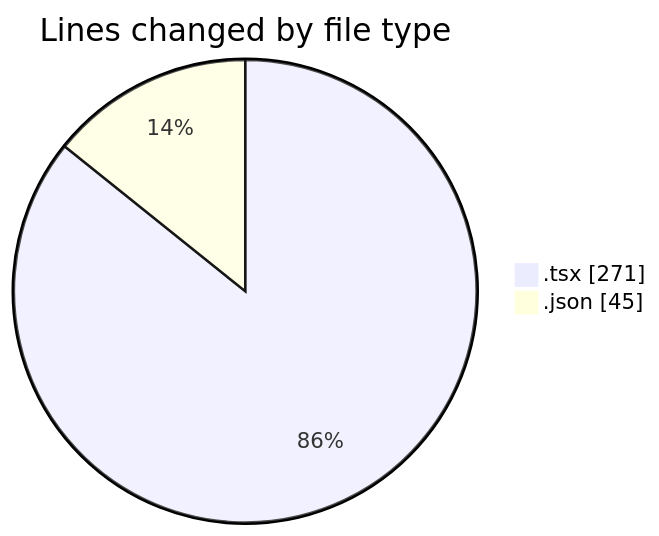
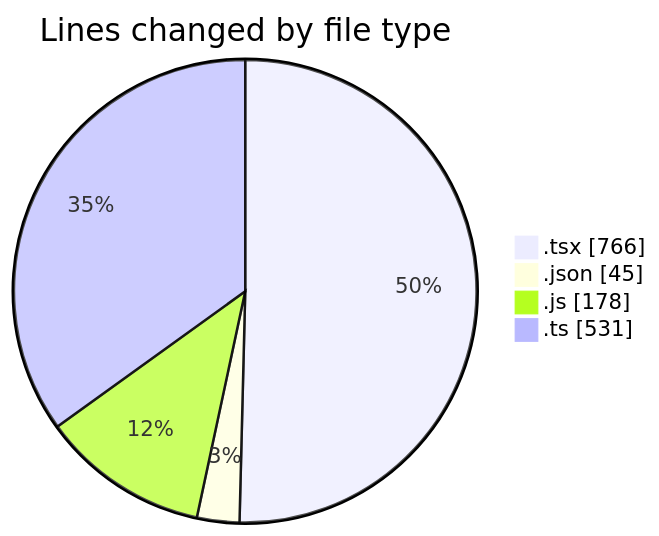
One commit to momahboobian/code-tracking changed the first of 2 diagrams in 2026-08-07/cda/README.md. Above: the diagram before and after it, drawn with Mermaid. The commit also changed other lines of this file and 1 other file, not shown here.

````diff
--- a/2026-08-07/cda/README.md
+++ b/2026-08-07/cda/README.md
@@ -23,6 +29,8 @@
 ```mermaid
 pie showData
 title Lines changed by file type
-".tsx" : 271
+".tsx" : 766
 ".json" : 45
+".js" : 178
+".ts" : 531
 ```
````
